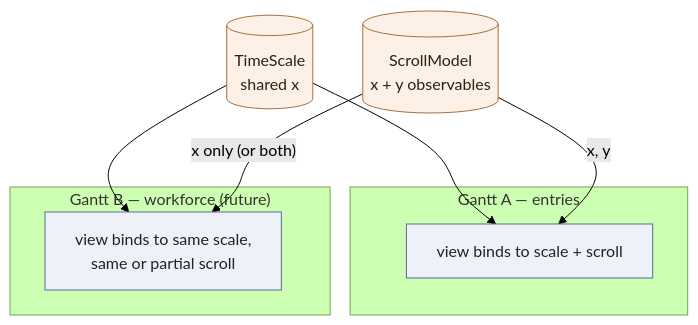
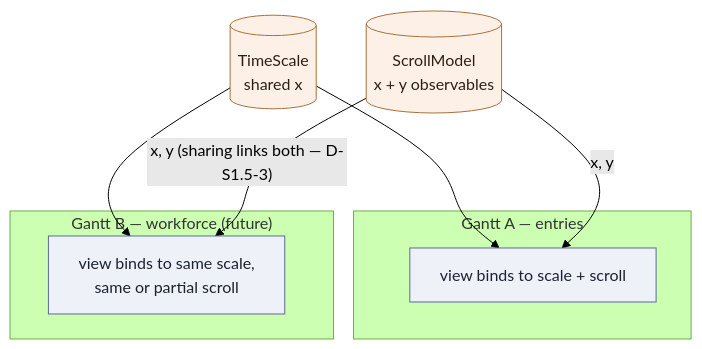
Before and after one commit to freegantt/freegantt: the sixth of 6 diagrams in plans/01-domain-architecture.md, drawn with Mermaid (forest theme). The commit also changed other lines of this file and 5 other files, not shown here.

````diff
--- a/plans/01-domain-architecture.md
+++ b/plans/01-domain-architecture.md
@@ -479,22 +479,22 @@
 ```mermaid
 flowchart TB
   TS[("TimeScale<br/>shared x")]
   SM[("ScrollModel<br/>x + y observables")]
 
   subgraph ganttA["Gantt A — entries"]
     VA["view binds to scale + scroll"]
   end
   subgraph ganttB["Gantt B — workforce (future)"]
     VB["view binds to same scale,<br/>same or partial scroll"]
   end
 
   TS --> VA
   TS --> VB
   SM -->|x, y| VA
-  SM -->|"x only (or both)"| VB
+  SM -->|"x, y (sharing links both — D-S1.5-3)"| VB
 
   classDef obj fill:#fdf1e7,stroke:#a8703c,color:#2e1f12
   classDef ch fill:#eef1f8,stroke:#5a6a9a,color:#1c2230
   class TS,SM obj
   class VA,VB ch
 ```
````
